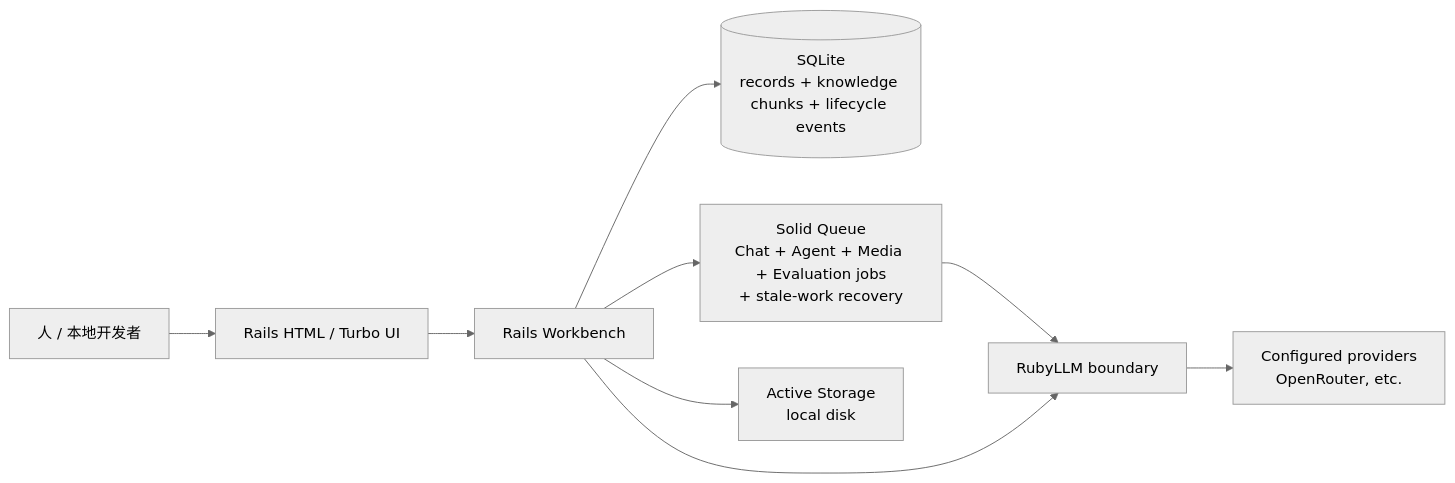
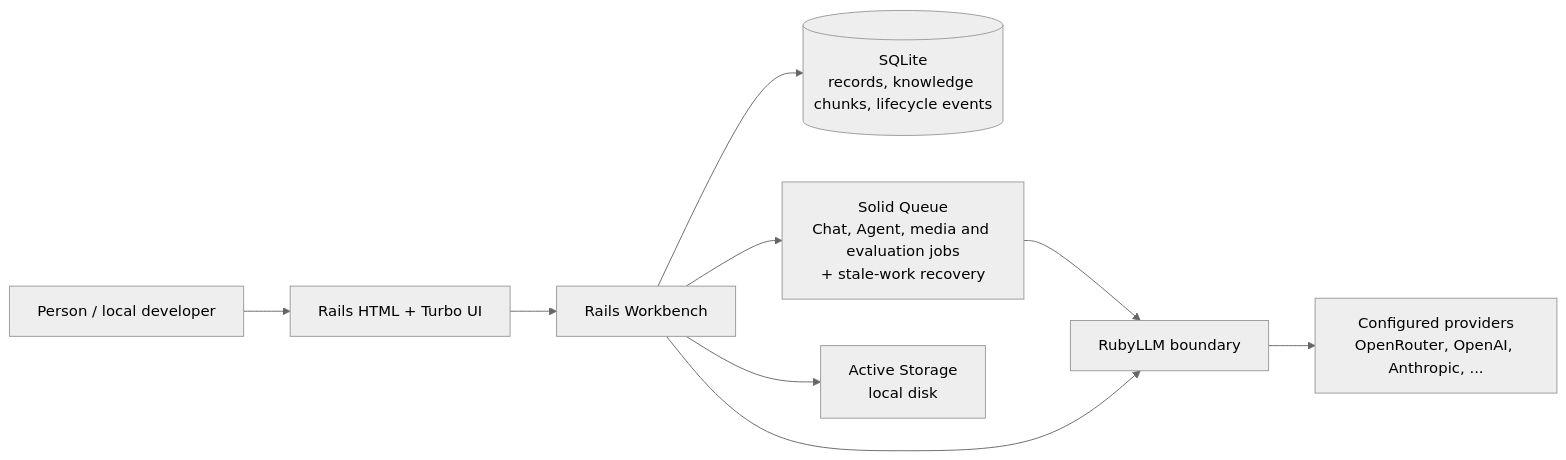
Before and after one commit to yorzi/rubyllm-workbench: the first of 10 diagrams in docs/ARCHITECTURE.md, drawn with Mermaid (neutral theme). The commit also changed other lines of this file and 14 other files, not shown here.

````diff
--- a/docs/ARCHITECTURE.md
+++ b/docs/ARCHITECTURE.md
@@ -28,11 +27,11 @@
 ```mermaid
 flowchart LR
-    Human["人 / 本地开发者"] --> UI["Rails HTML / Turbo UI"]
+    Human["Person / local developer"] --> UI["Rails HTML + Turbo UI"]
     UI --> App["Rails Workbench"]
-    App --> DB[("SQLite\nrecords + knowledge chunks + lifecycle events")]
-App --> Queue["Solid Queue\nChat + Agent + Media + Evaluation jobs\n+ stale-work recovery"]
+    App --> DB[("SQLite\nrecords, knowledge chunks, lifecycle events")]
+    App --> Queue["Solid Queue\nChat, Agent, media and evaluation jobs\n+ stale-work recovery"]
     Queue --> RubyLLM["RubyLLM boundary"]
     App --> RubyLLM
-    RubyLLM --> Providers["Configured providers\nOpenRouter, etc."]
+    RubyLLM --> Providers["Configured providers\nOpenRouter, OpenAI, Anthropic, ..."]
     App --> Blobs["Active Storage\nlocal disk"]
 ```
````
